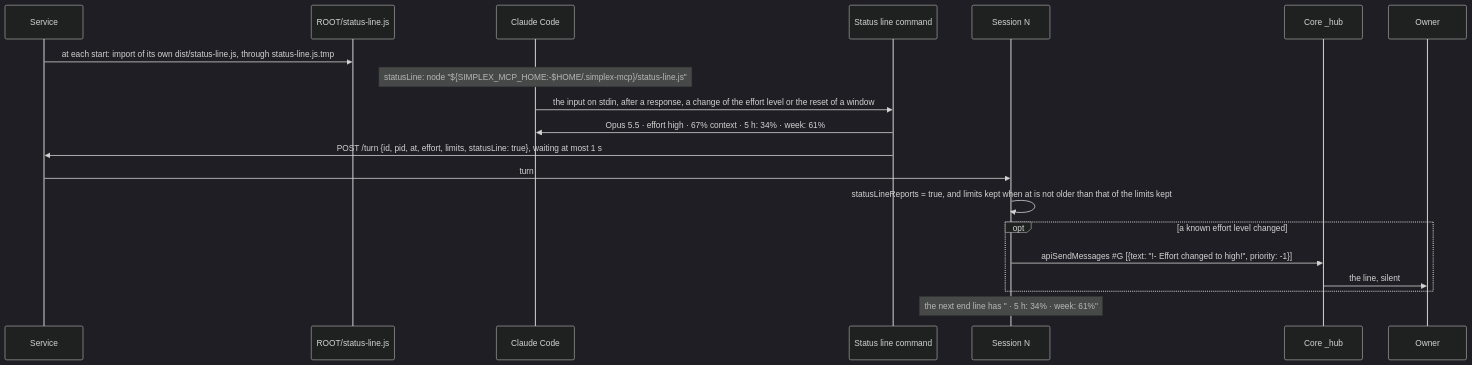
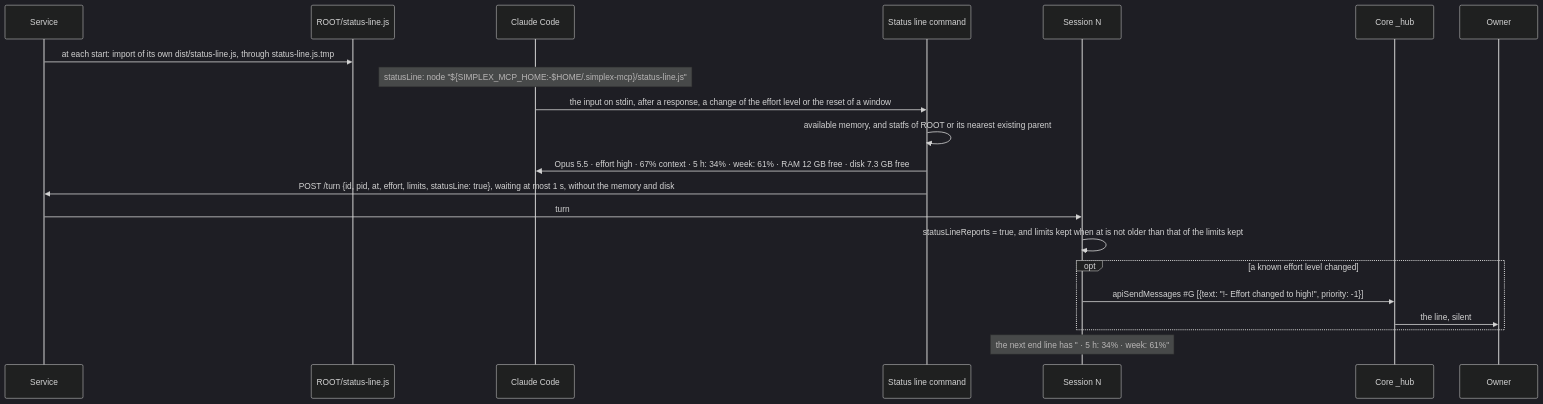
One commit to evgeny-simplex/simplex-chat changed diagram 39 of 39 in packages/simplex-chat-mcp/spec/flows.md. Above: the diagram before and after it, drawn with Mermaid (dark theme). The commit also changed other lines of this file and 5 other files, not shown here.

Commit message:
mcp: free memory and disk in the status line

````diff
--- a/packages/simplex-chat-mcp/spec/flows.md
+++ b/packages/simplex-chat-mcp/spec/flows.md
@@ -1785,22 +1785,23 @@
 ```mermaid
 sequenceDiagram
   participant S as Service
   participant F as ROOT/status-line.js
   participant CC as Claude Code
   participant SL as Status line command
   participant N as Session N
   participant C as Core _hub
   participant O as Owner
   S->>F: at each start: import of its own dist/status-line.js, through status-line.js.tmp
   Note over CC: statusLine: node "${SIMPLEX_MCP_HOME:-$HOME/.simplex-mcp}/status-line.js"
   CC->>SL: the input on stdin, after a response, a change of the effort level or the reset of a window
-  SL->>CC: Opus 5.5 · effort high · 67% context · 5 h: 34% · week: 61%
-  SL->>S: POST /turn {id, pid, at, effort, limits, statusLine: true}, waiting at most 1 s
+  SL->>SL: available memory, and statfs of ROOT or its nearest existing parent
+  SL->>CC: Opus 5.5 · effort high · 67% context · 5 h: 34% · week: 61% · RAM 12 GB free · disk 7.3 GB free
+  SL->>S: POST /turn {id, pid, at, effort, limits, statusLine: true}, waiting at most 1 s, without the memory and disk
   S->>N: turn
   N->>N: statusLineReports = true, and limits kept when at is not older than that of the limits kept
   opt a known effort level changed
     N->>C: apiSendMessages #35;G [{text: "!- Effort changed to high!", priority: -1}]
     C->>O: the line, silent
   end
   Note over N: the next end line has " · 5 h: 34% · week: 61%"
 ```
````
